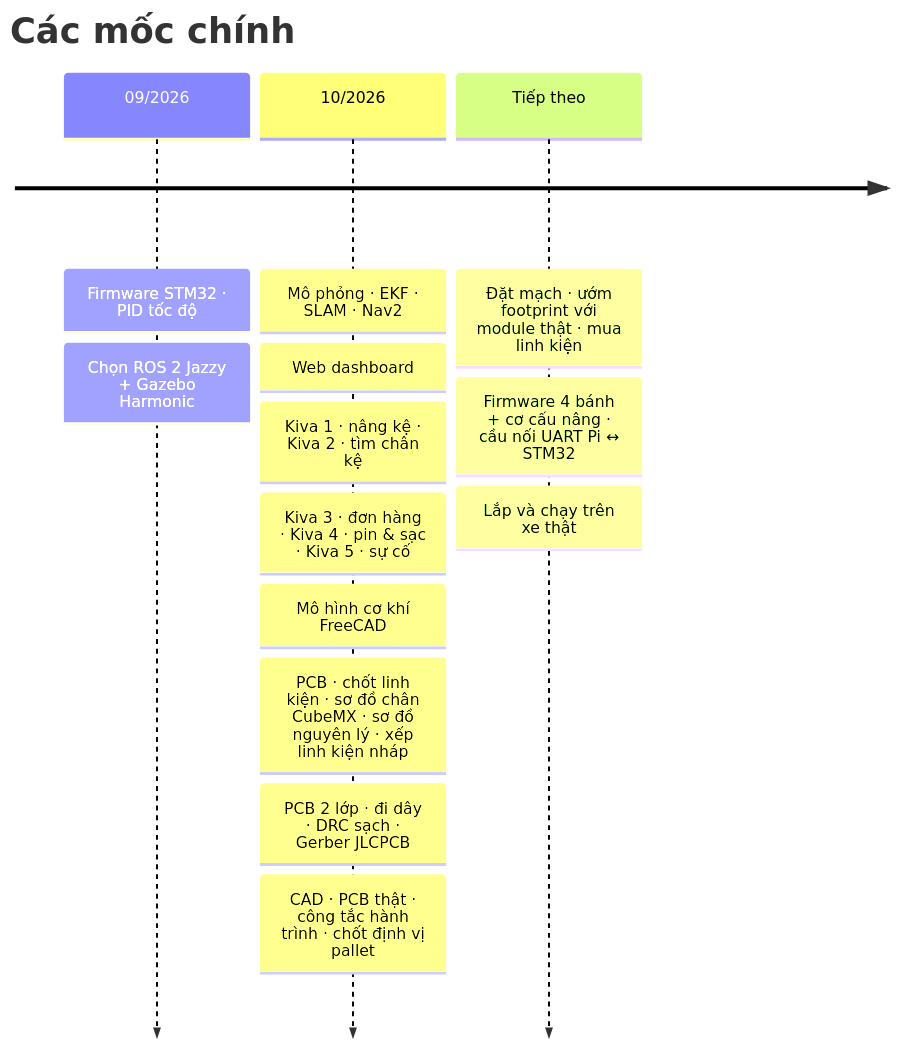
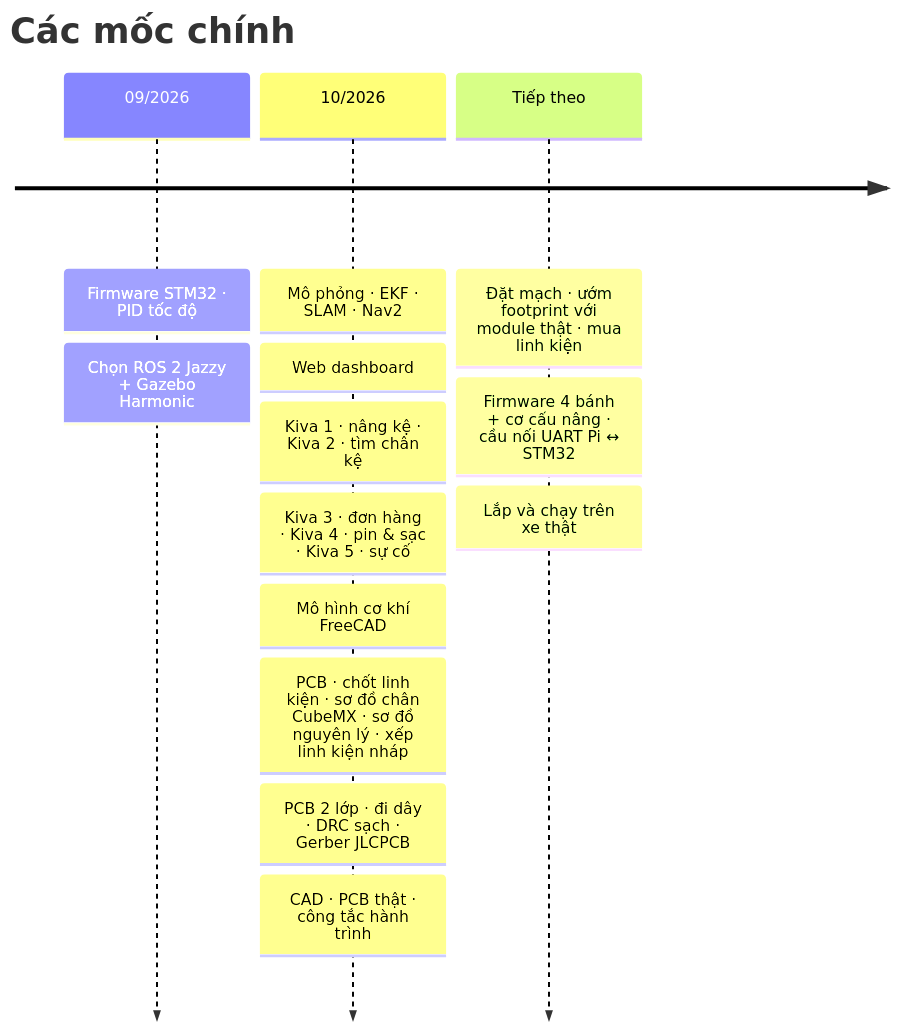
The seventh of 8 diagrams in README.md (VQ-Vinh/DA2-Robot-AGV), drawn with Mermaid before and after one commit. The commit also changed 1 other file, not shown here.

Commit message:
docs: note removal of pallet locating pins

````diff
--- a/README.md
+++ b/README.md
@@ -179,17 +179,17 @@
 ```mermaid
 timeline
     title Các mốc chính
     09/2026 : Firmware STM32 · PID tốc độ
             : Chọn ROS 2 Jazzy + Gazebo Harmonic
     10/2026 : Mô phỏng · EKF · SLAM · Nav2
             : Web dashboard
             : Kiva 1 · nâng kệ · Kiva 2 · tìm chân kệ
             : Kiva 3 · đơn hàng · Kiva 4 · pin & sạc · Kiva 5 · sự cố
             : Mô hình cơ khí FreeCAD
             : PCB · chốt linh kiện · sơ đồ chân CubeMX · sơ đồ nguyên lý · xếp linh kiện nháp
             : PCB 2 lớp · đi dây · DRC sạch · Gerber JLCPCB
-            : CAD · PCB thật · công tắc hành trình · chốt định vị pallet
+            : CAD · PCB thật · công tắc hành trình
     Tiếp theo : Đặt mạch · ướm footprint với module thật · mua linh kiện
               : Firmware 4 bánh + cơ cấu nâng · cầu nối UART Pi ↔ STM32
               : Lắp và chạy trên xe thật
 ```
````
